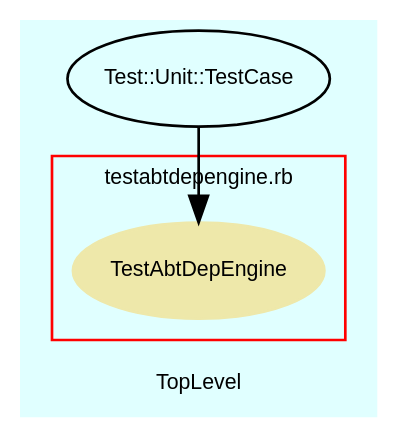
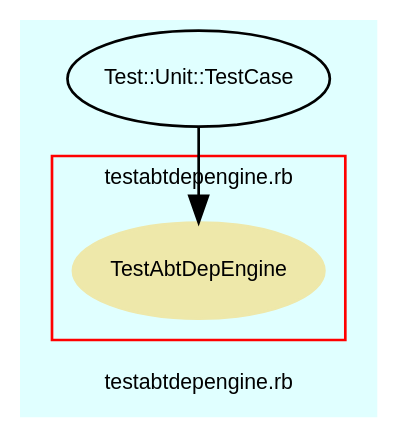
The diagram in src/trunk/doc/dot/f_9.dot (eschabell/abtlinux), drawn with Graphviz before and after one commit. The commit also changed 68 other files, not shown here.

```diff
--- a/src/trunk/doc/dot/f_9.dot
+++ b/src/trunk/doc/dot/f_9.dot
@@ -1,37 +1,37 @@
 digraph TopLevel {
     compound = true
     bgcolor = lightcyan1
     fontname = Arial
     fontsize = 8
-    label = "TopLevel"
+    label = "testabtdepengine.rb"
     node [
         fontname = Arial,
         fontsize = 8,
         color = black
     ]
 
     subgraph cluster_10 {
         fontname = Arial
         color = red
         label = "testabtdepengine.rb"
         TestAbtDepEngine [
             fontcolor = black,
             URL = "classes/TestAbtDepEngine.html",
             shape = ellipse,
             color = palegoldenrod,
             style = filled,
             label = "TestAbtDepEngine"
         ]
 
     }
 
     Test__Unit__TestCase [
         URL = "classes/Test/Unit/TestCase.html",
         label = "Test::Unit::TestCase"
     ]
 
     Test__Unit__TestCase -> TestAbtDepEngine [
 
     ]
 
 }
```
